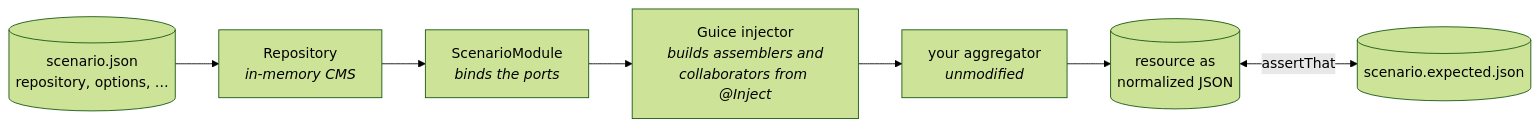
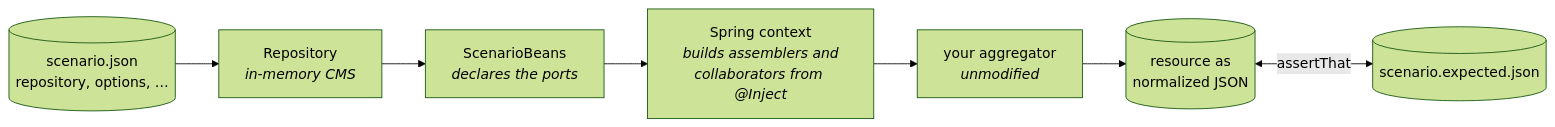
The diagram in README.md (sitepark/ies-aggregator-testkit), drawn with Mermaid (forest theme) before and after one commit. The commit also changed other lines of this file and 16 other files, not shown here.

First line of the commit message:
feat(testkit)!: build the scenario in a Spring context instead of Guice

````diff
--- a/README.md
+++ b/README.md
@@ -12,12 +12,12 @@
 ```mermaid
 flowchart LR
     S[("scenario.json<br/>repository, options, …")]
     R["Repository<br/><i>in-memory CMS</i>"]
-    M["ScenarioModule<br/><i>binds the ports</i>"]
-    G["Guice injector<br/><i>builds assemblers and<br/>collaborators from @Inject</i>"]
+    M["ScenarioBeans<br/><i>declares the ports</i>"]
+    G["Spring context<br/><i>builds assemblers and<br/>collaborators from @Inject</i>"]
     A["your aggregator<br/><i>unmodified</i>"]
     O[("resource as<br/>normalized JSON")]
     E[("scenario.expected.json")]
     S --> R --> M --> G --> A --> O
     O <-->|assertThat| E
 ```
````
